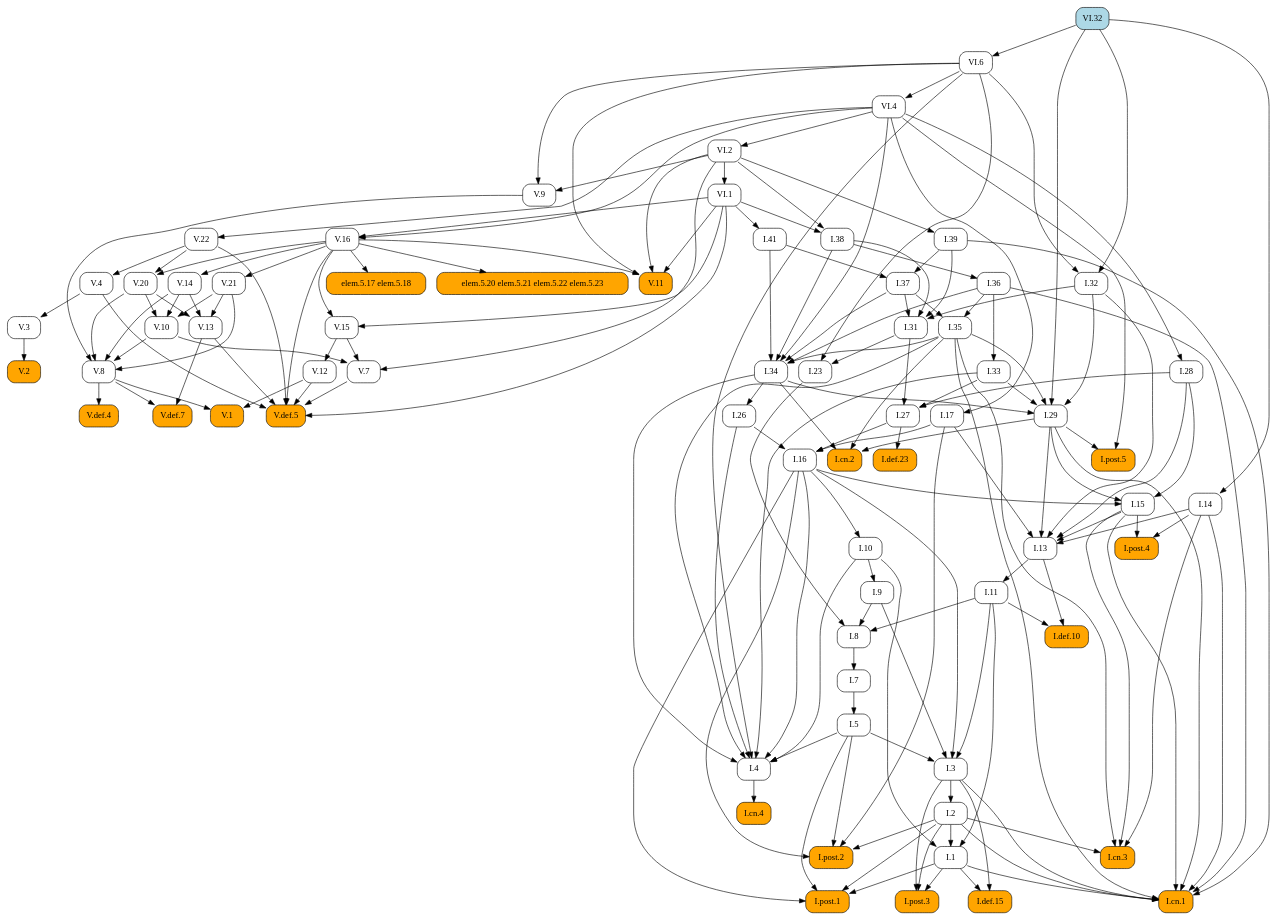
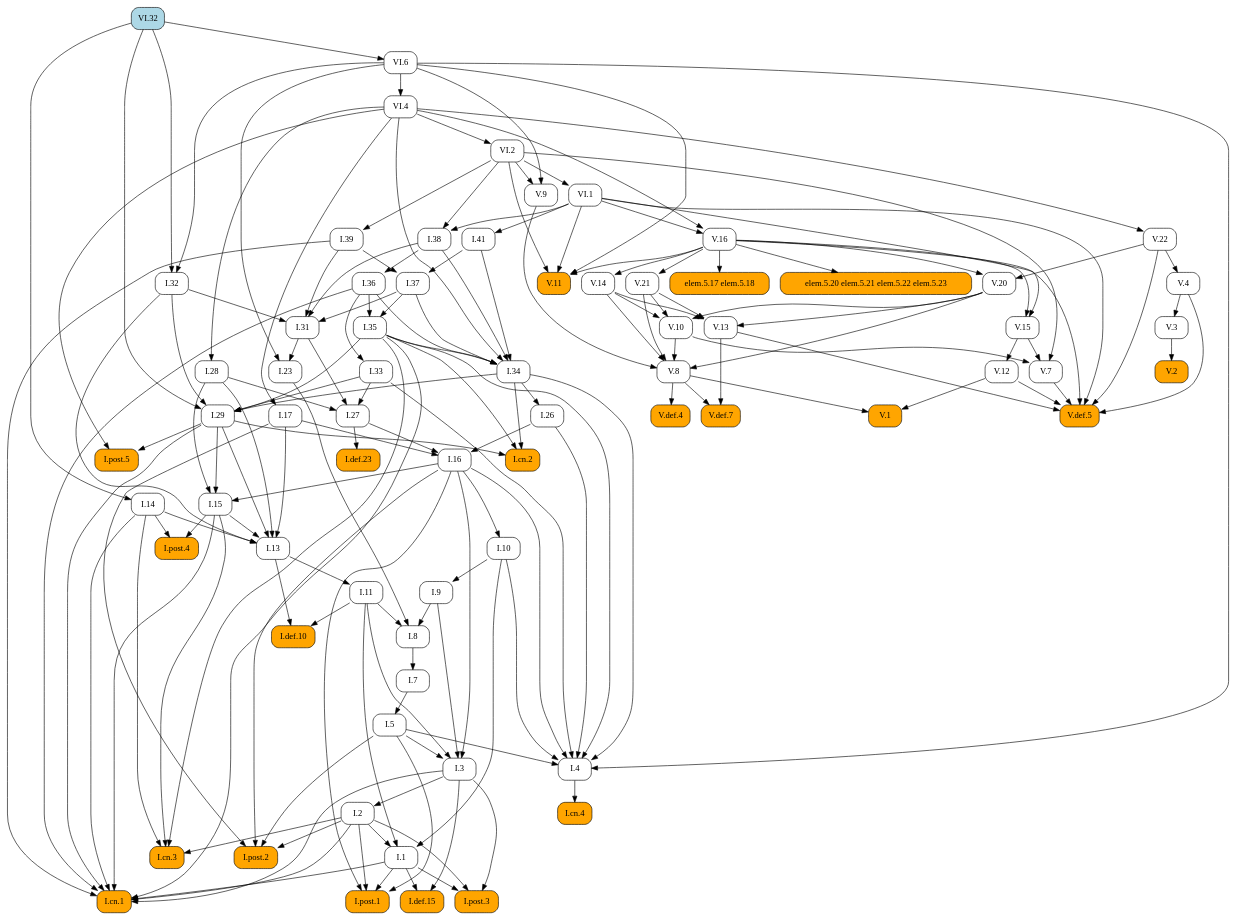
The diagram in docsrc/heath/VI/32/index.rst (geometor/elements), drawn with Graphviz before and after one commit. The commit also changed other lines of this file and 484 other files, not shown here.

```diff
--- a/docsrc/heath/VI/32/index.rst
+++ b/docsrc/heath/VI/32/index.rst
@@ -83,84 +83,178 @@
    digraph {
      rankdir="TB";
      node [shape=box, style=rounded];
+     "I.23" [URL="/heath/I/23/", target="_top"];
+     "I.9" [URL="/heath/I/9/", target="_top"];
+     "I.def.15" [style="rounded,filled", fillcolor=orange, URL="/heath/I/def.15/", target="_top"];
+     "V.13" [URL="/heath/V/13/", target="_top"];
+     "V.7" [URL="/heath/V/7/", target="_top"];
+     "elem.5.17 elem.5.18" [style="rounded,filled", fillcolor=orange];
+     "I.post.1" [style="rounded,filled", fillcolor=orange, URL="/heath/I/post.1/", target="_top"];
+     "V.14" [URL="/heath/V/14/", target="_top"];
+     "V.9" [URL="/heath/V/9/", target="_top"];
+     "I.31" [URL="/heath/I/31/", target="_top"];
      "I.def.10" [style="rounded,filled", fillcolor=orange, URL="/heath/I/def.10/", target="_top"];
+     "V.10" [URL="/heath/V/10/", target="_top"];
+     "V.4" [URL="/heath/V/4/", target="_top"];
+     "VI.1" [URL="/heath/VI/1/", target="_top"];
+     "I.39" [URL="/heath/I/39/", target="_top"];
+     "I.14" [URL="/heath/I/14/", target="_top"];
+     "V.11" [style="rounded,filled", fillcolor=orange, URL="/heath/V/11/", target="_top"];
+     "I.34" [URL="/heath/I/34/", target="_top"];
+     "I.3" [URL="/heath/I/3/", target="_top"];
+     "V.def.4" [style="rounded,filled", fillcolor=orange, URL="/heath/V/def.4/", target="_top"];
+     "V.def.7" [style="rounded,filled", fillcolor=orange, URL="/heath/V/def.7/", target="_top"];
+     "V.21" [URL="/heath/V/21/", target="_top"];
+     "I.2" [URL="/heath/I/2/", target="_top"];
+     "VI.32" [style="rounded,filled", fillcolor=lightblue, URL="/heath/VI/32/", target="_top"];
+     "V.3" [URL="/heath/V/3/", target="_top"];
+     "I.13" [URL="/heath/I/13/", target="_top"];
+     "I.post.4" [style="rounded,filled", fillcolor=orange, URL="/heath/I/post.4/", target="_top"];
+     "I.4" [URL="/heath/I/4/", target="_top"];
+     "I.1" [URL="/heath/I/1/", target="_top"];
+     "I.8" [URL="/heath/I/8/", target="_top"];
+     "I.17" [URL="/heath/I/17/", target="_top"];
+     "I.29" [URL="/heath/I/29/", target="_top"];
+     "V.8" [URL="/heath/V/8/", target="_top"];
+     "I.38" [URL="/heath/I/38/", target="_top"];
+     "I.15" [URL="/heath/I/15/", target="_top"];
+     "I.10" [URL="/heath/I/10/", target="_top"];
      "I.11" [URL="/heath/I/11/", target="_top"];
-     "I.post.4" [style="rounded,filled", fillcolor=orange, URL="/heath/I/post.4/", target="_top"];
+     "I.def.23" [style="rounded,filled", fillcolor=orange, URL="/heath/I/def.23/", target="_top"];
+     "VI.4" [URL="/heath/VI/4/", target="_top"];
+     "I.26" [URL="/heath/I/26/", target="_top"];
+     "V.16" [URL="/heath/V/16/", target="_top"];
+     "I.33" [URL="/heath/I/33/", target="_top"];
+     "I.32" [URL="/heath/I/32/", target="_top"];
+     "I.post.3" [style="rounded,filled", fillcolor=orange, URL="/heath/I/post.3/", target="_top"];
+     "V.def.5" [style="rounded,filled", fillcolor=orange, URL="/heath/V/def.5/", target="_top"];
+     "I.27" [URL="/heath/I/27/", target="_top"];
+     "V.20" [URL="/heath/V/20/", target="_top"];
+     "V.12" [URL="/heath/V/12/", target="_top"];
+     "V.2" [style="rounded,filled", fillcolor=orange, URL="/heath/V/2/", target="_top"];
+     "I.cn.1" [style="rounded,filled", fillcolor=orange, URL="/heath/I/cn.1/", target="_top"];
+     "I.35" [URL="/heath/I/35/", target="_top"];
+     "VI.6" [URL="/heath/VI/6/", target="_top"];
+     "I.7" [URL="/heath/I/7/", target="_top"];
+     "I.36" [URL="/heath/I/36/", target="_top"];
+     "I.5" [URL="/heath/I/5/", target="_top"];
+     "I.37" [URL="/heath/I/37/", target="_top"];
+     "I.cn.3" [style="rounded,filled", fillcolor=orange, URL="/heath/I/cn.3/", target="_top"];
+     "I.16" [URL="/heath/I/16/", target="_top"];
+     "V.22" [URL="/heath/V/22/", target="_top"];
+     "V.1" [style="rounded,filled", fillcolor=orange, URL="/heath/V/1/", target="_top"];
+     "I.cn.2" [style="rounded,filled", fillcolor=orange, URL="/heath/I/cn.2/", target="_top"];
+     "I.post.5" [style="rounded,filled", fillcolor=orange, URL="/heath/I/post.5/", target="_top"];
      "I.28" [URL="/heath/I/28/", target="_top"];
-     "I.1" [URL="/heath/I/1/", target="_top"];
-     "VI.32" [style="rounded,filled", fillcolor=lightblue, URL="/heath/VI/32/", target="_top"];
-     "V.def.5" [style="rounded,filled", fillcolor=orange, URL="/heath/V/def.5/", target="_top"];
-     "V.13" [URL="/heath/V/13/", target="_top"];
-     "V.11" [style="rounded,filled", fillcolor=orange, URL="/heath/V/11/", target="_top"];
-     "VI.6" [URL="/heath/VI/6/", target="_top"];
-     "I.post.3" [style="rounded,filled", fillcolor=orange, URL="/heath/I/post.3/", target="_top"];
-     "VI.1" [URL="/heath/VI/1/", target="_top"];
-     "I.cn.3" [style="rounded,filled", fillcolor=orange, URL="/heath/I/cn.3/", target="_top"];
-     "I.14" [URL="/heath/I/14/", target="_top"];
-     "V.16" [URL="/heath/V/16/", target="_top"];
-     "VI.4" [URL="/heath/VI/4/", target="_top"];
-     "V.3" [URL="/heath/V/3/", target="_top"];
-     "V.8" [URL="/heath/V/8/", target="_top"];
-     "I.27" [URL="/heath/I/27/", target="_top"];
-     "I.36" [URL="/heath/I/36/", target="_top"];
+     "I.cn.4" [style="rounded,filled", fillcolor=orange, URL="/heath/I/cn.4/", target="_top"];
+     "VI.2" [URL="/heath/VI/2/", target="_top"];
+     "I.post.2" [style="rounded,filled", fillcolor=orange, URL="/heath/I/post.2/", target="_top"];
+     "V.15" [URL="/heath/V/15/", target="_top"];
      "I.41" [URL="/heath/I/41/", target="_top"];
-     "I.37" [URL="/heath/I/37/", target="_top"];
-     "I.34" [URL="/heath/I/34/", target="_top"];
-     "I.2" [URL="/heath/I/2/", target="_top"];
-     "I.def.23" [style="rounded,filled", fillcolor=orange, URL="/heath/I/def.23/", target="_top"];
-     "I.17" [URL="/heath/I/17/", target="_top"];
-     "I.33" [URL="/heath/I/33/", target="_top"];
-     "I.post.2" [style="rounded,filled", fillcolor=orange, URL="/heath/I/post.2/", target="_top"];
      "elem.5.20 elem.5.21 elem.5.22 elem.5.23" [style="rounded,filled", fillcolor=orange];
-     "I.9" [URL="/heath/I/9/", target="_top"];
-     "I.32" [URL="/heath/I/32/", target="_top"];
-     "I.cn.4" [style="rounded,filled", fillcolor=orange, URL="/heath/I/cn.4/", target="_top"];
-     "V.def.4" [style="rounded,filled", fillcolor=orange, URL="/heath/V/def.4/", target="_top"];
-     "I.15" [URL="/heath/I/15/", target="_top"];
-     "I.38" [URL="/heath/I/38/", target="_top"];
-     "V.def.7" [style="rounded,filled", fillcolor=orange, URL="/heath/V/def.7/", target="_top"];
-     "I.5" [URL="/heath/I/5/", target="_top"];
-     "V.21" [URL="/heath/V/21/", target="_top"];
-     "I.39" [URL="/heath/I/39/", target="_top"];
-     "I.26" [URL="/heath/I/26/", target="_top"];
-     "V.14" [URL="/heath/V/14/", target="_top"];
-     "I.29" [URL="/heath/I/29/", target="_top"];
-     "V.22" [URL="/heath/V/22/", target="_top"];
-     "V.12" [URL="/heath/V/12/", target="_top"];
-     "I.cn.2" [style="rounded,filled", fillcolor=orange, URL="/heath/I/cn.2/", target="_top"];
-     "V.20" [URL="/heath/V/20/", target="_top"];
-     "V.10" [URL="/heath/V/10/", target="_top"];
-     "VI.2" [URL="/heath/VI/2/", target="_top"];
-     "I.def.15" [style="rounded,filled", fillcolor=orange, URL="/heath/I/def.15/", target="_top"];
-     "V.15" [URL="/heath/V/15/", target="_top"];
-     "I.cn.1" [style="rounded,filled", fillcolor=orange, URL="/heath/I/cn.1/", target="_top"];
-     "V.7" [URL="/heath/V/7/", target="_top"];
-     "V.9" [URL="/heath/V/9/", target="_top"];
-     "I.23" [URL="/heath/I/23/", target="_top"];
-     "I.post.1" [style="rounded,filled", fillcolor=orange, URL="/heath/I/post.1/", target="_top"];
-     "I.35" [URL="/heath/I/35/", target="_top"];
-     "I.7" [URL="/heath/I/7/", target="_top"];
-     "I.3" [URL="/heath/I/3/", target="_top"];
-     "I.4" [URL="/heath/I/4/", target="_top"];
-     "I.13" [URL="/heath/I/13/", target="_top"];
-     "V.4" [URL="/heath/V/4/", target="_top"];
-     "I.31" [URL="/heath/I/31/", target="_top"];
-     "V.1" [style="rounded,filled", fillcolor=orange, URL="/heath/V/1/", target="_top"];
-     "I.16" [URL="/heath/I/16/", target="_top"];
-     "elem.5.17 elem.5.18" [style="rounded,filled", fillcolor=orange];
-     "I.8" [URL="/heath/I/8/", target="_top"];
-     "V.2" [style="rounded,filled", fillcolor=orange, URL="/heath/V/2/", target="_top"];
-     "I.post.5" [style="rounded,filled", fillcolor=orange, URL="/heath/I/post.5/", target="_top"];
-     "I.10" [URL="/heath/I/10/", target="_top"];
+     "I.31" -> "I.23";
+     "VI.6" -> "I.23";
+     "I.10" -> "I.9";
+     "I.1" -> "I.def.15";
+     "I.3" -> "I.def.15";
+     "V.14" -> "V.13";
+     "V.20" -> "V.13";
+     "V.21" -> "V.13";
+     "V.10" -> "V.7";
+     "V.15" -> "V.7";
+     "VI.2" -> "V.7";
+     "V.16" -> "elem.5.17 elem.5.18";
+     "I.1" -> "I.post.1";
+     "I.2" -> "I.post.1";
+     "I.5" -> "I.post.1";
+     "I.16" -> "I.post.1";
+     "V.16" -> "V.14";
+     "VI.2" -> "V.9";
+     "VI.6" -> "V.9";
+     "I.32" -> "I.31";
+     "I.37" -> "I.31";
+     "I.38" -> "I.31";
+     "I.39" -> "I.31";
      "I.11" -> "I.def.10";
      "I.13" -> "I.def.10";
-     "I.13" -> "I.11";
+     "V.14" -> "V.10";
+     "V.20" -> "V.10";
+     "V.21" -> "V.10";
+     "V.22" -> "V.4";
+     "VI.2" -> "VI.1";
+     "VI.2" -> "I.39";
+     "VI.32" -> "I.14";
+     "V.16" -> "V.11";
+     "VI.1" -> "V.11";
+     "VI.2" -> "V.11";
+     "VI.6" -> "V.11";
+     "I.35" -> "I.34";
+     "I.36" -> "I.34";
+     "I.37" -> "I.34";
+     "I.38" -> "I.34";
+     "I.41" -> "I.34";
+     "VI.4" -> "I.34";
+     "I.5" -> "I.3";
+     "I.9" -> "I.3";
+     "I.11" -> "I.3";
+     "I.16" -> "I.3";
+     "V.8" -> "V.def.4";
+     "V.8" -> "V.def.7";
+     "V.13" -> "V.def.7";
+     "V.16" -> "V.21";
+     "I.3" -> "I.2";
+     "V.4" -> "V.3";
+     "I.14" -> "I.13";
+     "I.15" -> "I.13";
+     "I.17" -> "I.13";
+     "I.28" -> "I.13";
+     "I.29" -> "I.13";
+     "I.32" -> "I.13";
      "I.14" -> "I.post.4";
      "I.15" -> "I.post.4";
-     "VI.4" -> "I.28";
+     "I.5" -> "I.4";
+     "I.10" -> "I.4";
+     "I.16" -> "I.4";
+     "I.26" -> "I.4";
+     "I.33" -> "I.4";
+     "I.34" -> "I.4";
+     "I.35" -> "I.4";
+     "VI.6" -> "I.4";
      "I.2" -> "I.1";
      "I.10" -> "I.1";
      "I.11" -> "I.1";
+     "I.9" -> "I.8";
+     "I.11" -> "I.8";
+     "I.23" -> "I.8";
+     "VI.4" -> "I.17";
+     "I.32" -> "I.29";
+     "I.33" -> "I.29";
+     "I.34" -> "I.29";
+     "I.35" -> "I.29";
+     "VI.32" -> "I.29";
+     "V.9" -> "V.8";
+     "V.10" -> "V.8";
+     "V.14" -> "V.8";
+     "V.20" -> "V.8";
+     "V.21" -> "V.8";
+     "VI.1" -> "I.38";
+     "VI.2" -> "I.38";
+     "I.16" -> "I.15";
+     "I.28" -> "I.15";
+     "I.29" -> "I.15";
+     "I.16" -> "I.10";
+     "I.13" -> "I.11";
+     "I.27" -> "I.def.23";
+     "VI.6" -> "VI.4";
+     "I.34" -> "I.26";
+     "VI.1" -> "V.16";
+     "VI.4" -> "V.16";
+     "I.36" -> "I.33";
+     "VI.6" -> "I.32";
+     "VI.32" -> "I.32";
+     "I.1" -> "I.post.3";
+     "I.2" -> "I.post.3";
+     "I.3" -> "I.post.3";
      "V.4" -> "V.def.5";
      "V.7" -> "V.def.5";
      "V.12" -> "V.def.5";
@@ -168,91 +262,13 @@
      "V.16" -> "V.def.5";
      "V.22" -> "V.def.5";
      "VI.1" -> "V.def.5";
-     "V.14" -> "V.13";
-     "V.20" -> "V.13";
-     "V.21" -> "V.13";
-     "V.16" -> "V.11";
-     "VI.1" -> "V.11";
-     "VI.2" -> "V.11";
-     "VI.6" -> "V.11";
-     "VI.32" -> "VI.6";
-     "I.1" -> "I.post.3";
-     "I.2" -> "I.post.3";
-     "I.3" -> "I.post.3";
-     "VI.2" -> "VI.1";
-     "I.2" -> "I.cn.3";
-     "I.14" -> "I.cn.3";
-     "I.15" -> "I.cn.3";
-     "I.35" -> "I.cn.3";
-     "VI.32" -> "I.14";
-     "VI.1" -> "V.16";
-     "VI.4" -> "V.16";
-     "VI.6" -> "VI.4";
-     "V.4" -> "V.3";
-     "V.9" -> "V.8";
-     "V.10" -> "V.8";
-     "V.14" -> "V.8";
-     "V.20" -> "V.8";
-     "V.21" -> "V.8";
      "I.28" -> "I.27";
      "I.31" -> "I.27";
      "I.33" -> "I.27";
-     "I.38" -> "I.36";
-     "VI.1" -> "I.41";
-     "I.39" -> "I.37";
-     "I.41" -> "I.37";
-     "I.35" -> "I.34";
-     "I.36" -> "I.34";
-     "I.37" -> "I.34";
-     "I.38" -> "I.34";
-     "I.41" -> "I.34";
-     "VI.4" -> "I.34";
-     "I.3" -> "I.2";
-     "I.27" -> "I.def.23";
-     "VI.4" -> "I.17";
-     "I.36" -> "I.33";
-     "I.2" -> "I.post.2";
-     "I.5" -> "I.post.2";
-     "I.16" -> "I.post.2";
-     "I.17" -> "I.post.2";
-     "V.16" -> "elem.5.20 elem.5.21 elem.5.22 elem.5.23";
-     "I.10" -> "I.9";
-     "VI.6" -> "I.32";
-     "VI.32" -> "I.32";
-     "I.4" -> "I.cn.4";
-     "V.8" -> "V.def.4";
-     "I.16" -> "I.15";
-     "I.28" -> "I.15";
-     "I.29" -> "I.15";
-     "VI.1" -> "I.38";
-     "VI.2" -> "I.38";
-     "V.8" -> "V.def.7";
-     "V.13" -> "V.def.7";
-     "I.7" -> "I.5";
-     "V.16" -> "V.21";
-     "VI.2" -> "I.39";
-     "I.34" -> "I.26";
-     "V.16" -> "V.14";
-     "I.32" -> "I.29";
-     "I.33" -> "I.29";
-     "I.34" -> "I.29";
-     "I.35" -> "I.29";
-     "VI.32" -> "I.29";
-     "VI.4" -> "V.22";
-     "V.15" -> "V.12";
-     "I.29" -> "I.cn.2";
-     "I.34" -> "I.cn.2";
-     "I.35" -> "I.cn.2";
      "V.16" -> "V.20";
      "V.22" -> "V.20";
-     "V.14" -> "V.10";
-     "V.20" -> "V.10";
-     "V.21" -> "V.10";
-     "VI.4" -> "VI.2";
-     "I.1" -> "I.def.15";
-     "I.3" -> "I.def.15";
-     "V.16" -> "V.15";
-     "VI.1" -> "V.15";
+     "V.15" -> "V.12";
+     "V.3" -> "V.2";
      "I.1" -> "I.cn.1";
      "I.2" -> "I.cn.1";
      "I.3" -> "I.cn.1";
@@ -262,54 +278,38 @@
      "I.35" -> "I.cn.1";
      "I.36" -> "I.cn.1";
      "I.39" -> "I.cn.1";
-     "V.10" -> "V.7";
-     "V.15" -> "V.7";
-     "VI.2" -> "V.7";
-     "VI.2" -> "V.9";
-     "VI.6" -> "V.9";
-     "I.31" -> "I.23";
-     "VI.6" -> "I.23";
-     "I.1" -> "I.post.1";
-     "I.2" -> "I.post.1";
-     "I.5" -> "I.post.1";
-     "I.16" -> "I.post.1";
      "I.36" -> "I.35";
      "I.37" -> "I.35";
+     "VI.32" -> "VI.6";
      "I.8" -> "I.7";
-     "I.5" -> "I.3";
-     "I.9" -> "I.3";
-     "I.11" -> "I.3";
-     "I.16" -> "I.3";
-     "I.5" -> "I.4";
-     "I.10" -> "I.4";
-     "I.16" -> "I.4";
-     "I.26" -> "I.4";
-     "I.33" -> "I.4";
-     "I.34" -> "I.4";
-     "I.35" -> "I.4";
-     "VI.6" -> "I.4";
-     "I.14" -> "I.13";
-     "I.15" -> "I.13";
-     "I.17" -> "I.13";
-     "I.28" -> "I.13";
-     "I.29" -> "I.13";
-     "I.32" -> "I.13";
-     "V.22" -> "V.4";
-     "I.32" -> "I.31";
-     "I.37" -> "I.31";
-     "I.38" -> "I.31";
-     "I.39" -> "I.31";
-     "V.8" -> "V.1";
-     "V.12" -> "V.1";
+     "I.38" -> "I.36";
+     "I.7" -> "I.5";
+     "I.39" -> "I.37";
+     "I.41" -> "I.37";
+     "I.2" -> "I.cn.3";
+     "I.14" -> "I.cn.3";
+     "I.15" -> "I.cn.3";
+     "I.35" -> "I.cn.3";
      "I.17" -> "I.16";
      "I.26" -> "I.16";
      "I.27" -> "I.16";
-     "V.16" -> "elem.5.17 elem.5.18";
-     "I.9" -> "I.8";
-     "I.11" -> "I.8";
-     "I.23" -> "I.8";
-     "V.3" -> "V.2";
+     "VI.4" -> "V.22";
+     "V.8" -> "V.1";
+     "V.12" -> "V.1";
+     "I.29" -> "I.cn.2";
+     "I.34" -> "I.cn.2";
+     "I.35" -> "I.cn.2";
      "I.29" -> "I.post.5";
      "VI.4" -> "I.post.5";
-     "I.16" -> "I.10";
+     "VI.4" -> "I.28";
+     "I.4" -> "I.cn.4";
+     "VI.4" -> "VI.2";
+     "I.2" -> "I.post.2";
+     "I.5" -> "I.post.2";
+     "I.16" -> "I.post.2";
+     "I.17" -> "I.post.2";
+     "V.16" -> "V.15";
+     "VI.1" -> "V.15";
+     "VI.1" -> "I.41";
+     "V.16" -> "elem.5.20 elem.5.21 elem.5.22 elem.5.23";
    }
```
